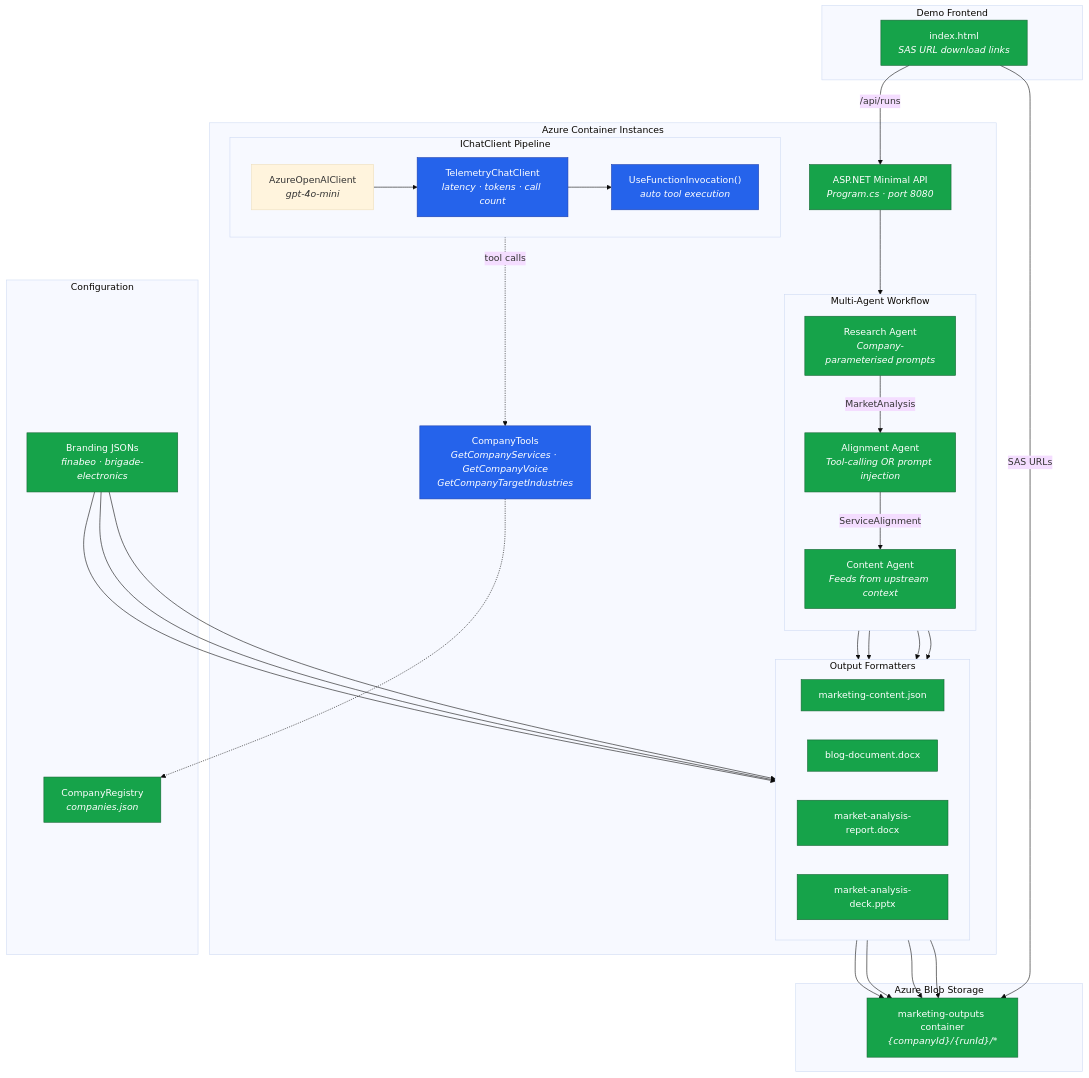
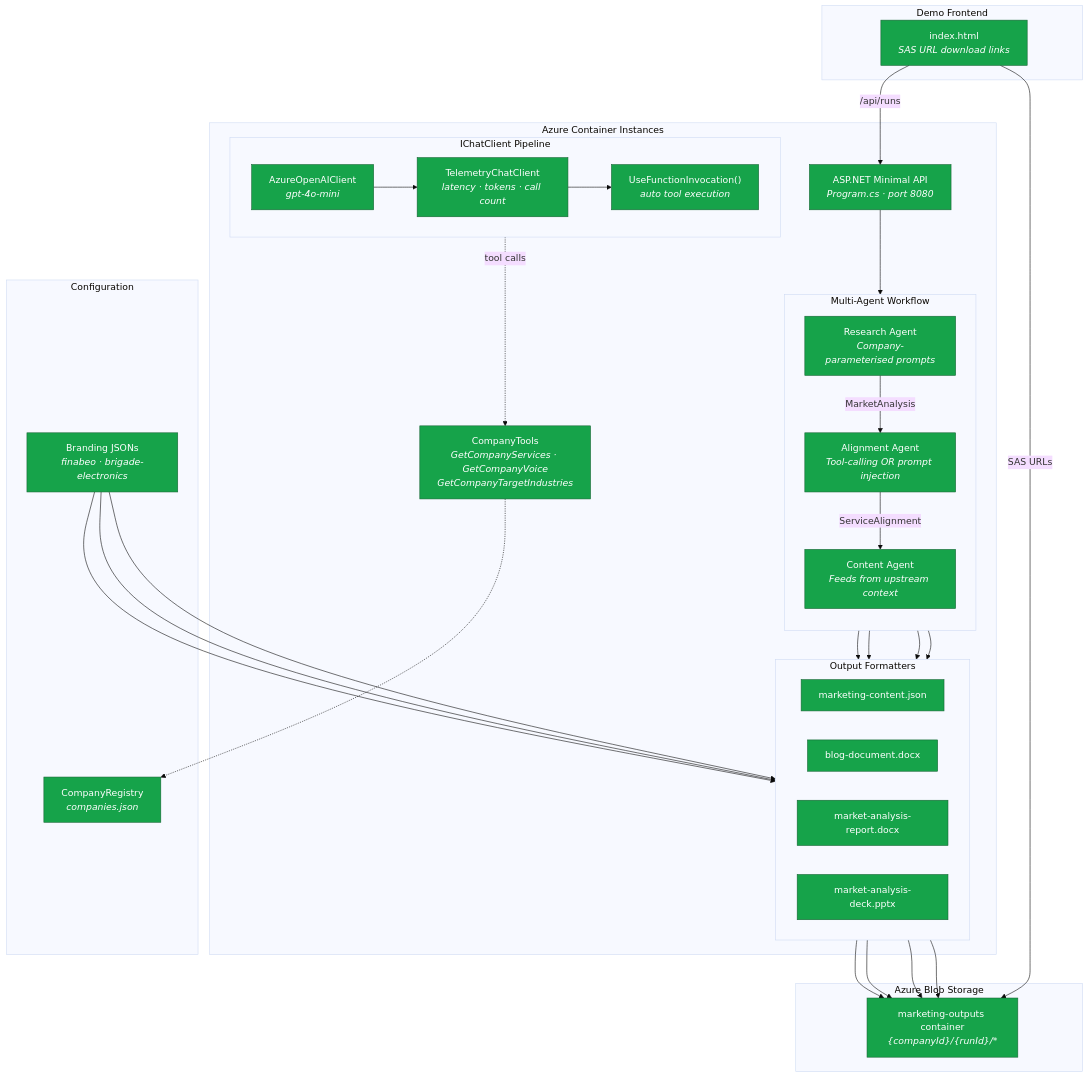
The first of 2 diagrams in README.md (mondweep/vibe-cast), drawn with Mermaid (base theme) before and after one commit. The commit also changed 3 other files, not shown here.

````diff
--- a/README.md
+++ b/README.md
@@ -7,62 +7,61 @@
 ```mermaid
 graph TB
     subgraph "Azure Container Instances"
         API["ASP.NET Minimal API<br/><i>Program.cs · port 8080</i>"]
 
         subgraph "IChatClient Pipeline"
             direction LR
             RAW["AzureOpenAIClient<br/><i>gpt-4o-mini</i>"]
             TEL["TelemetryChatClient<br/><i>latency · tokens · call count</i>"]
             FI["UseFunctionInvocation()<br/><i>auto tool execution</i>"]
             RAW --> TEL --> FI
         end
 
         subgraph "Multi-Agent Workflow"
             direction TB
             RES["Research Agent<br/><i>Company-parameterised prompts</i>"]
             ALN["Alignment Agent<br/><i>Tool-calling OR prompt injection</i>"]
             CON["Content Agent<br/><i>Feeds from upstream context</i>"]
             RES -->|"MarketAnalysis"| ALN
             ALN -->|"ServiceAlignment"| CON
         end
 
         subgraph "Output Formatters"
             direction LR
             JSON["marketing-content.json"]
             DOCX1["blog-document.docx"]
             DOCX2["market-analysis-report.docx"]
             PPTX["market-analysis-deck.pptx"]
         end
 
         TOOLS["CompanyTools<br/><i>GetCompanyServices · GetCompanyVoice<br/>GetCompanyTargetIndustries</i>"]
     end
 
     subgraph "Configuration"
         REG["CompanyRegistry<br/><i>companies.json</i>"]
         BF["Branding JSONs<br/><i>finabeo · brigade-electronics</i>"]
     end
 
     subgraph "Azure Blob Storage"
         BLOB["marketing-outputs container<br/><i>{companyId}/{runId}/*</i>"]
     end
 
     subgraph "Demo Frontend"
         UI["index.html<br/><i>SAS URL download links</i>"]
     end
 
     API --> RES
     FI -.->|"tool calls"| TOOLS
     TOOLS -.-> REG
     CON --> JSON & DOCX1 & DOCX2 & PPTX
     JSON & DOCX1 & DOCX2 & PPTX --> BLOB
     BF --> DOCX1 & DOCX2 & PPTX
     UI -->|"/api/runs"| API
     UI -->|"SAS URLs"| BLOB
 
     classDef validated fill:#16a34a,stroke:#166534,color:#fff
     classDef explored fill:#2563eb,stroke:#1e40af,color:#fff
     classDef pending fill:#6b7280,stroke:#4b5563,color:#fff
 
-    class RES,ALN,CON,API,JSON,DOCX1,DOCX2,PPTX,BLOB,UI,REG,BF validated
-    class TEL,FI,TOOLS explored
+    class RES,ALN,CON,API,JSON,DOCX1,DOCX2,PPTX,BLOB,UI,REG,BF,RAW,TEL,FI,TOOLS validated
 ```
````
